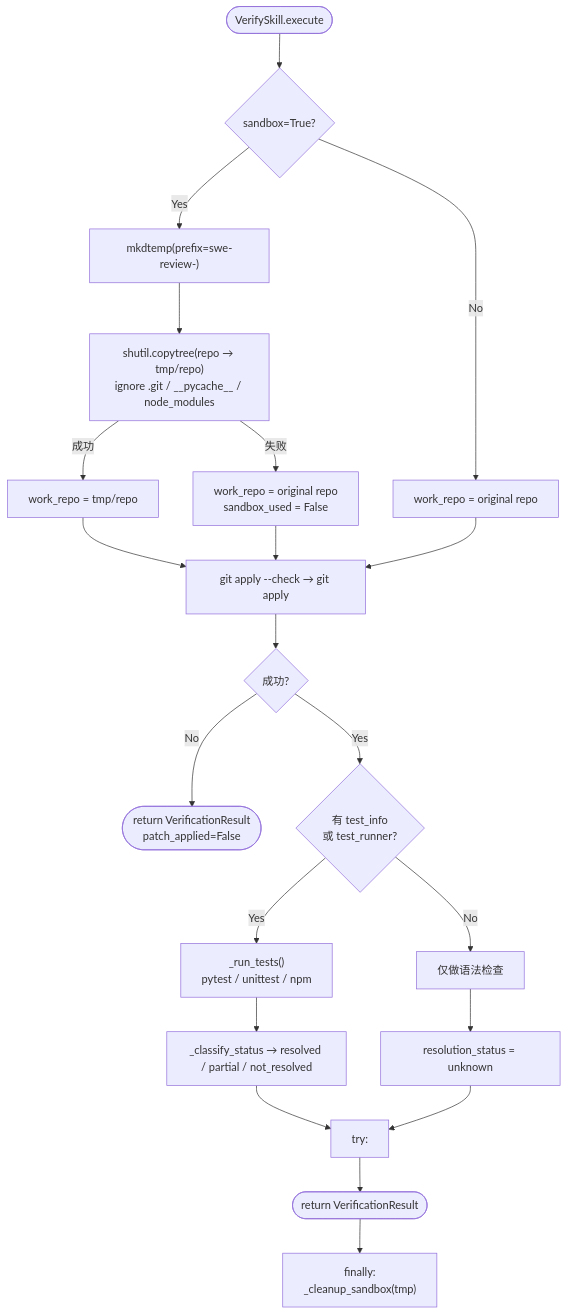
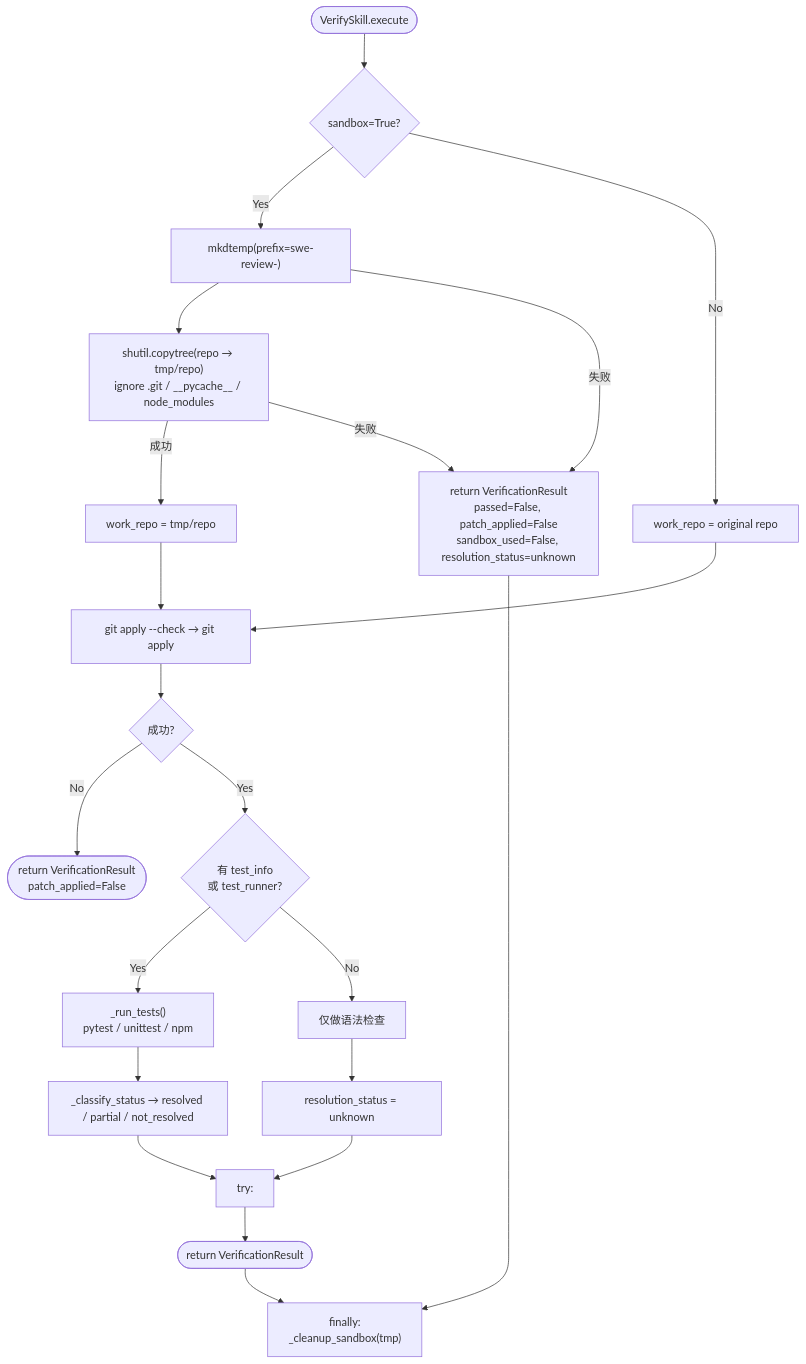
Before and after one commit to KevinZhangNothing/swe-review-plugin: diagram 14 of 14 in README.md, drawn with Mermaid. The commit also changed other lines of this file and 48 other files, not shown here.

````diff
--- a/README.md
+++ b/README.md
@@ -702,30 +869,31 @@
 ```mermaid
 flowchart TB
     START([VerifySkill.execute]) --> SANDBOX{sandbox=True?}
     SANDBOX -->|Yes| MKTMP["mkdtemp(prefix=swe-review-)"]
     MKTMP --> COPY["shutil.copytree(repo → tmp/repo)<br/>ignore .git / __pycache__ / node_modules"]
     COPY -->|成功| WORK["work_repo = tmp/repo"]
-    COPY -->|失败| FALLBACK["work_repo = original repo<br/>sandbox_used = False"]
+    COPY -->|失败| PREP_FAIL["return VerificationResult<br/>passed=False, patch_applied=False<br/>sandbox_used=False, resolution_status=unknown"]
+    MKTMP -->|失败| PREP_FAIL
 
     SANDBOX -->|No| ORIG["work_repo = original repo"]
 
     WORK --> APPLY["git apply --check → git apply"]
-    FALLBACK --> APPLY
+    PREP_FAIL --> FINALLY
     ORIG --> APPLY
 
     APPLY --> OK{成功?}
     OK -->|No| ERR_RET(["return VerificationResult<br/>patch_applied=False"])
 
     OK -->|Yes| TESTS{"有 test_info<br/>或 test_runner?"}
     TESTS -->|Yes| RUN["_run_tests()<br/>pytest / unittest / npm"]
     TESTS -->|No| NO_TESTS["仅做语法检查"]
 
     RUN --> CLASSIFY["_classify_status → resolved / partial / not_resolved"]
     NO_TESTS --> UNKNOWN["resolution_status = unknown"]
 
     CLASSIFY --> CLEANUP_TRY["try:"]
     UNKNOWN --> CLEANUP_TRY
 
     CLEANUP_TRY --> RET(["return VerificationResult"])
     RET --> FINALLY["finally:<br/>_cleanup_sandbox(tmp)"]
 ```
````
